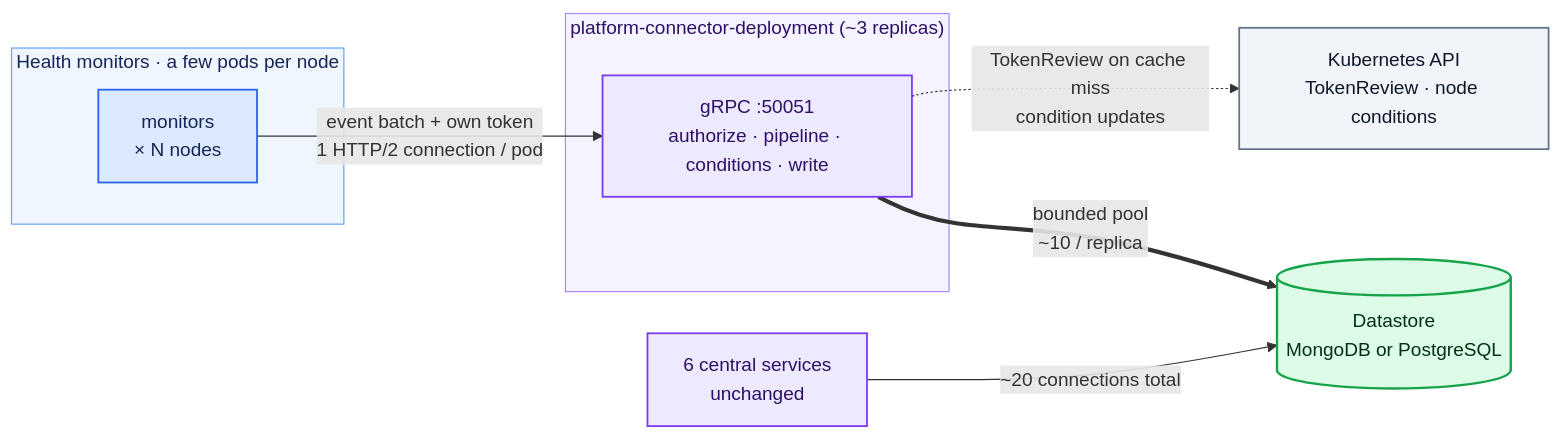
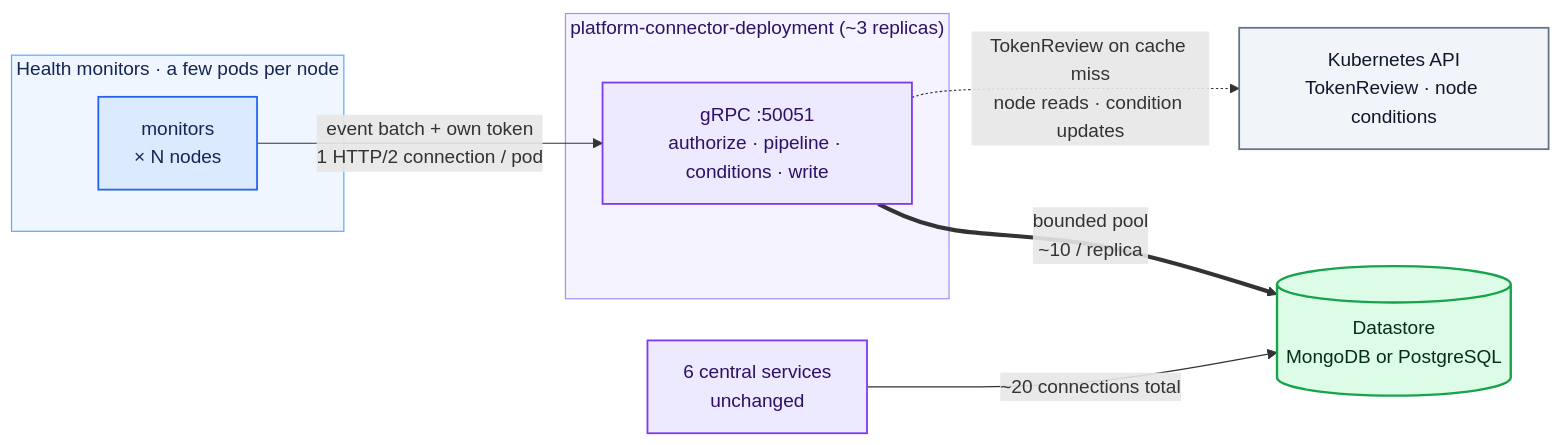
The first of 4 diagrams in docs/designs/052-deployment-platform-connector.md (KaivalyaMDabhadkar/NVSentinel), drawn with Mermaid before and after one commit. The commit also changed other lines of this file, not shown here.

````diff
--- a/docs/designs/052-deployment-platform-connector.md
+++ b/docs/designs/052-deployment-platform-connector.md
@@ -61,30 +61,30 @@
 ```mermaid
 flowchart LR
     subgraph fleet["Health monitors · a few pods per node"]
         M["monitors<br/>× N nodes"]
     end
 
     subgraph server["platform-connector-deployment (~3 replicas)"]
         API["gRPC :50051<br/>authorize · pipeline · conditions · write"]
     end
 
     K8S["Kubernetes API<br/>TokenReview · node conditions"]
     CS["6 central services<br/>unchanged"]
     DB[("Datastore<br/>MongoDB or PostgreSQL")]
 
     M -- "event batch + own token<br/>1 HTTP/2 connection / pod" --> API
     API == "bounded pool<br/>~10 / replica" ==> DB
-    API -. "TokenReview on cache miss<br/>condition updates" .-> K8S
+    API -. "TokenReview on cache miss<br/>node reads · condition updates" .-> K8S
     CS -- "~20 connections total" --> DB
 
     classDef writer fill:#DBEAFE,stroke:#2563EB,color:#172554,stroke-width:1.5px
     classDef service fill:#EDE9FE,stroke:#7C3AED,color:#2E1065,stroke-width:1.5px
     classDef support fill:#F1F5F9,stroke:#64748B,color:#0F172A,stroke-width:1.5px
     classDef database fill:#DCFCE7,stroke:#16A34A,color:#052E16,stroke-width:2px
     class M writer
     class API,CS service
     class K8S support
     class DB database
     style fleet fill:#EFF6FF,stroke:#60A5FA,color:#172554,stroke-width:1px
     style server fill:#F5F3FF,stroke:#A78BFA,color:#2E1065,stroke-width:1px
 ```
````
